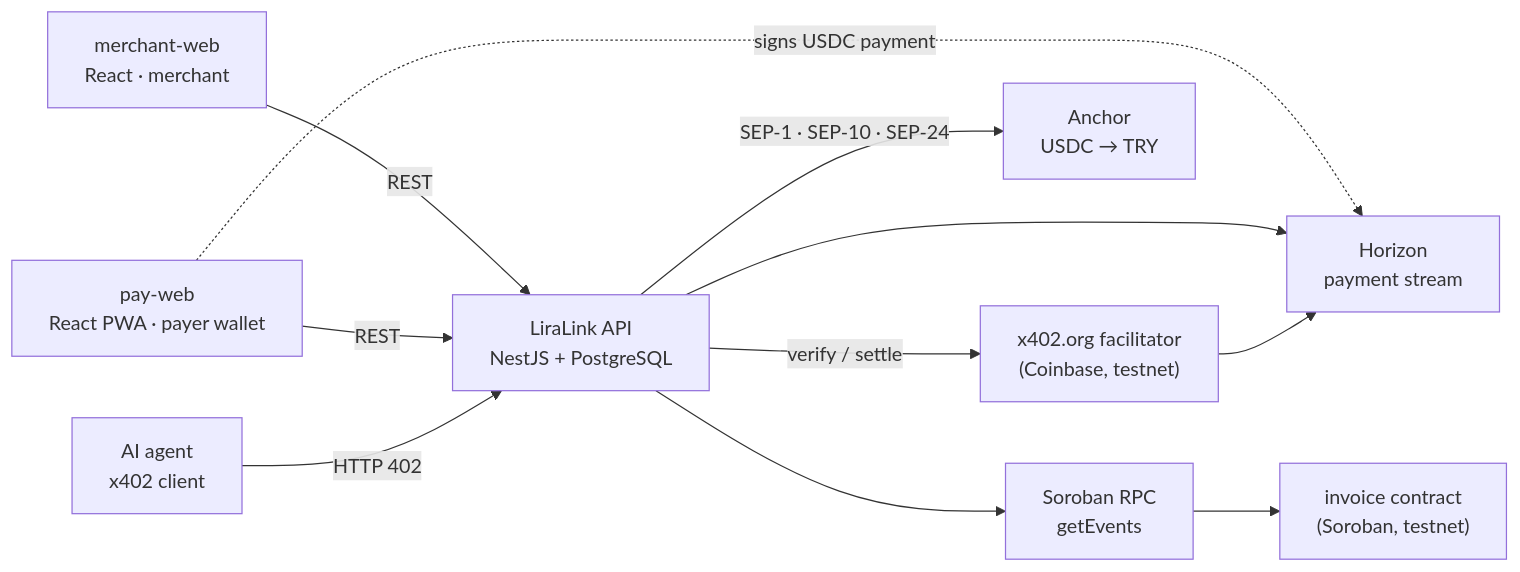
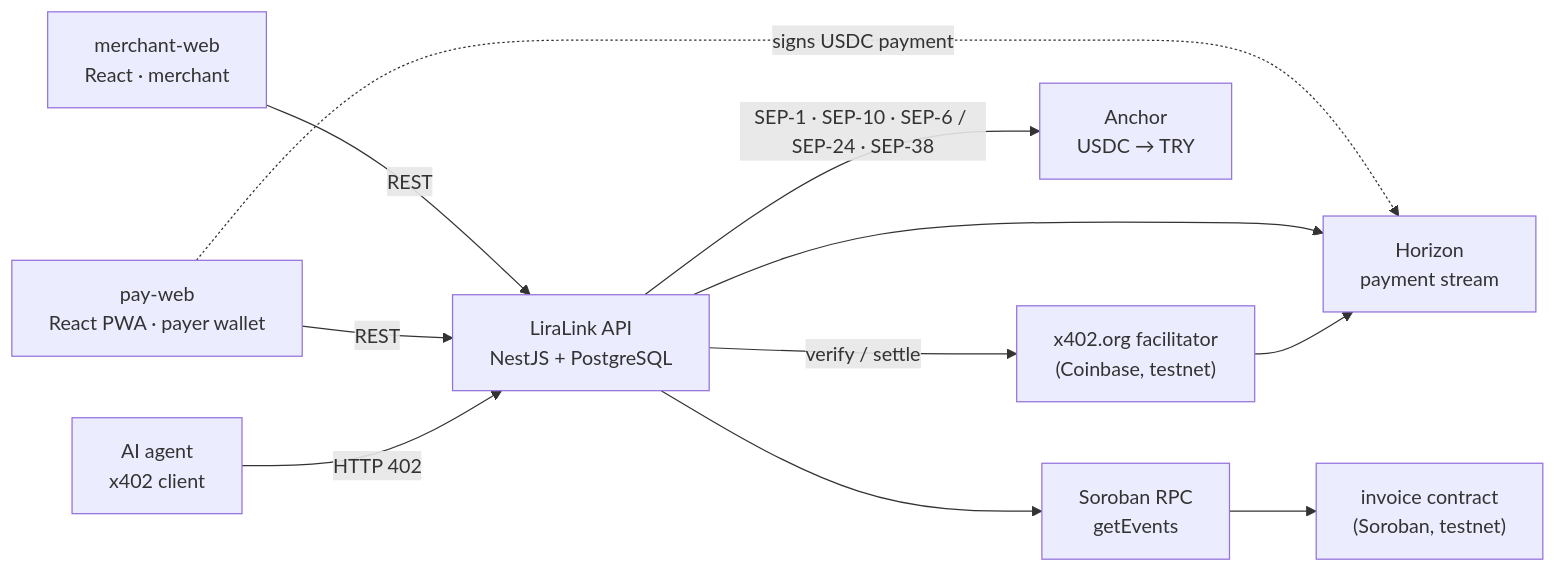
One commit to mersierofis/liralink-demo changed the diagram in README.md. Above: the diagram before and after it, drawn with Mermaid. The commit also changed other lines of this file and 25 other files, not shown here.

First line of the commit message:
feat(anchor): SEP-6 adapter for the TR anchor + SEP-38 FX source

````diff
--- a/README.md
+++ b/README.md
@@ -16,13 +16,13 @@
 ```mermaid
 flowchart LR
   MW["merchant-web<br/>React · merchant"] -->|REST| API
   PW["pay-web<br/>React PWA · payer wallet"] -->|REST| API
   AG["AI agent<br/>x402 client"] -->|HTTP 402| API
   PW -. "signs USDC payment" .-> H
   API["LiraLink API<br/>NestJS + PostgreSQL"] --> H["Horizon<br/>payment stream"]
   API --> RPC["Soroban RPC<br/>getEvents"]
   RPC --> C["invoice contract<br/>(Soroban, testnet)"]
-  API -->|"SEP-1 · SEP-10 · SEP-24"| AN["Anchor<br/>USDC → TRY"]
+  API -->|"SEP-1 · SEP-10 · SEP-6 / SEP-24 · SEP-38"| AN["Anchor<br/>USDC → TRY"]
   API -->|"verify / settle"| X["x402.org facilitator<br/>(Coinbase, testnet)"]
   X --> H
 ```
````
